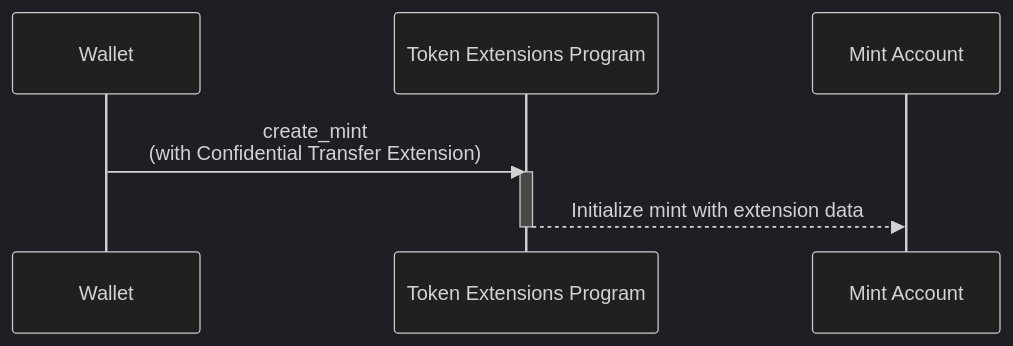
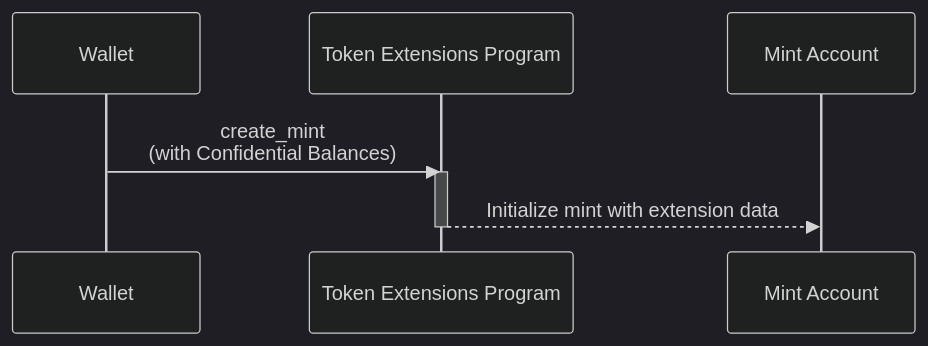
Before and after one commit to solana-foundation/solana-com: the diagram in apps/docs/content/docs/en/tokens/extensions/confidential-transfer/create-mint.mdx, drawn with Mermaid (dark theme). The commit also changed other lines of this file and 14 other files, not shown here.

Commit message:
docs: standardize Confidential Balances terminology

````diff
--- a/apps/docs/content/docs/en/tokens/extensions/confidential-transfer/create-mint.mdx
+++ b/apps/docs/content/docs/en/tokens/extensions/confidential-transfer/create-mint.mdx
@@ -16,11 +16,11 @@
-```mermaid title="Create Mint with Confidential Transfer Extension"
+```mermaid title="Create Mint with Confidential Balances"
 sequenceDiagram
     participant Payer as Wallet
     participant Token22 as Token Extensions Program
     participant Mint as Mint Account
 
-    Payer->>Token22: create_mint <br>(with Confidential Transfer Extension)
+    Payer->>Token22: create_mint <br>(with Confidential Balances)
     activate Token22
     Token22-->>Mint: Initialize mint with extension data
     deactivate Token22
 ```
````
